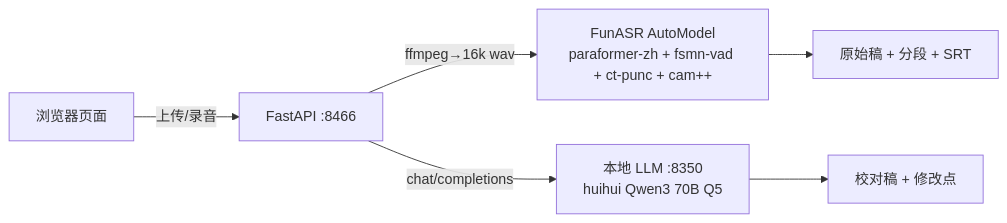
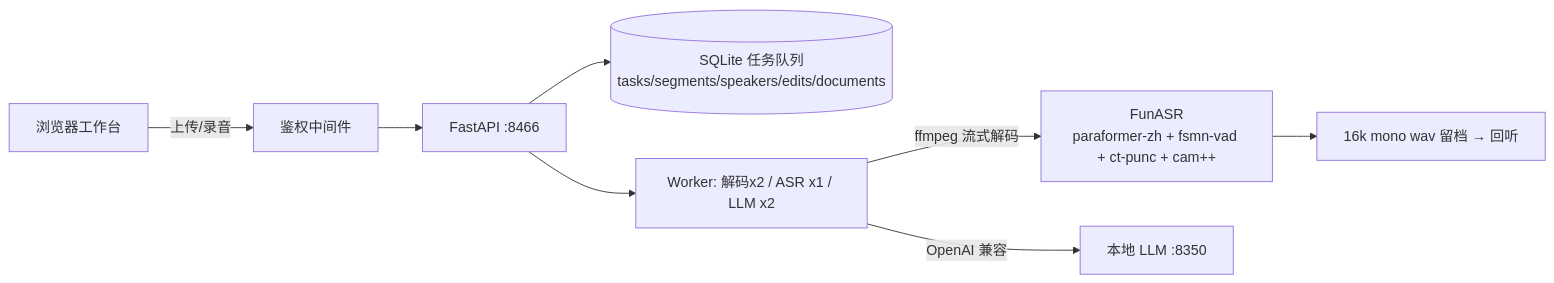
One commit to pwl1987/asr-web changed the diagram in README.md. Above: the diagram before and after it, drawn with Mermaid. The commit also changed other lines of this file and 5 other files, not shown here.

````diff
--- a/README.md
+++ b/README.md
@@ -19,8 +23,10 @@
 ```mermaid
 flowchart LR
-    B[浏览器页面] -->|上传/录音| F[FastAPI :8466]
-    F -->|ffmpeg→16k wav| A[FunASR AutoModel<br/>paraformer-zh + fsmn-vad + ct-punc + cam++]
-    F -->|chat/completions| L[本地 LLM :8350<br/>huihui Qwen3 70B Q5]
-    A --> R[原始稿 + 分段 + SRT]
-    L --> V[校对稿 + 修改点]
+    B[浏览器工作台] -->|上传/录音| A2[鉴权中间件]
+    A2 --> F[FastAPI :8466]
+    F --> Q[(SQLite 任务队列<br/>tasks/segments/speakers/edits/documents)]
+    F --> W[Worker: 解码x2 / ASR x1 / LLM x2]
+    W -->|ffmpeg 流式解码| A[FunASR<br/>paraformer-zh + fsmn-vad + ct-punc + cam++]
+    W -->|OpenAI 兼容| L[本地 LLM :8350]
+    A --> AW[16k mono wav 留档 → 回听]
 ```
````
